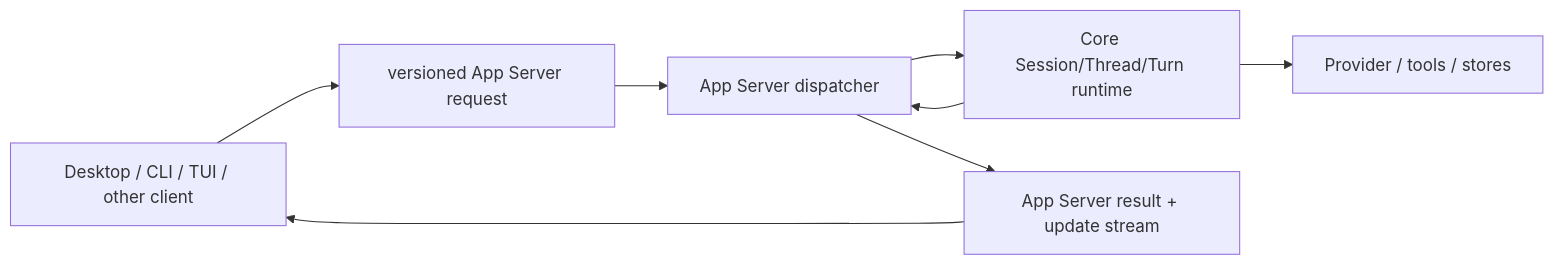
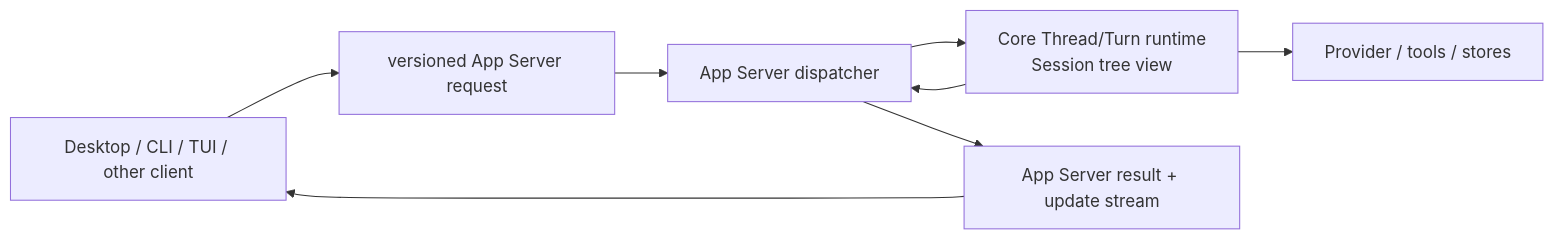
The diagram in docs/zeta-app-server-api.md (chogng/zeta), drawn with Mermaid before and after one commit. The commit also changed other lines of this file and 41 other files, not shown here.

````diff
--- a/docs/zeta-app-server-api.md
+++ b/docs/zeta-app-server-api.md
@@ -57,10 +57,10 @@
 ```mermaid
 flowchart LR
     client["Desktop / CLI / TUI / other client"] --> request["versioned App Server request"]
     request --> dispatcher["App Server dispatcher"]
-    dispatcher --> core["Core Session/Thread/Turn runtime"]
+    dispatcher --> core["Core Thread/Turn runtime<br/>Session tree view"]
     core --> provider["Provider / tools / stores"]
     core --> dispatcher
     dispatcher --> events["App Server result + update stream"]
     events --> client
 ```
````
